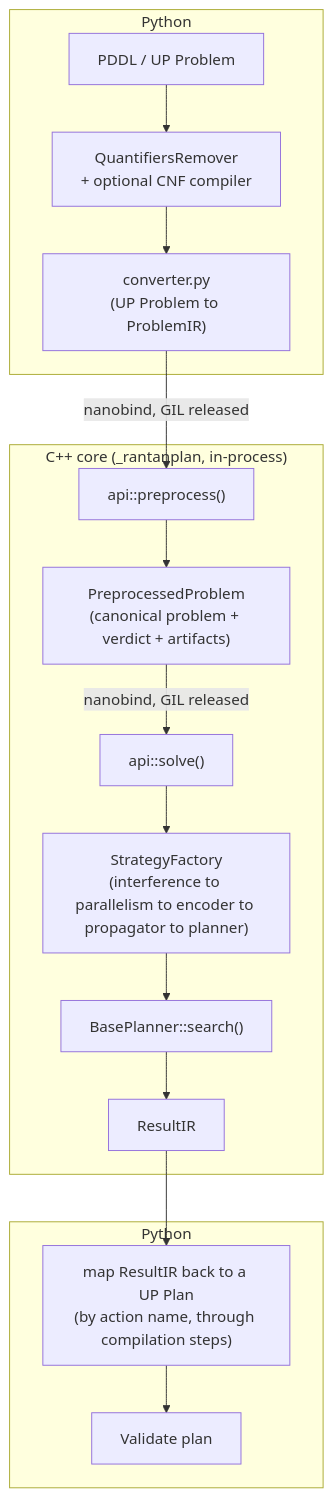
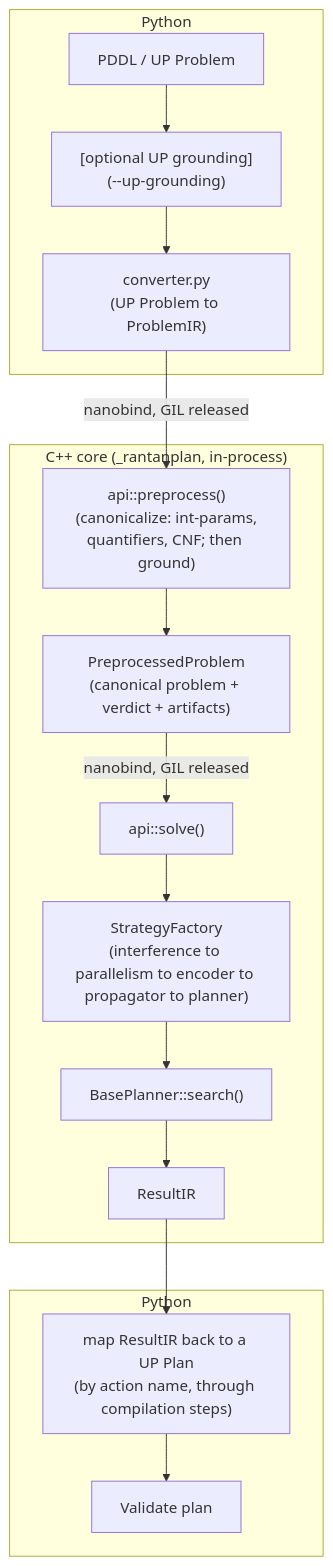
Before and after one commit to pyPMT/RanTanPlan: the diagram in developer-docs/architecture-overview.md, drawn with Mermaid. The commit also changed other lines of this file and 5 other files, not shown here.

````diff
--- a/developer-docs/architecture-overview.md
+++ b/developer-docs/architecture-overview.md
@@ -84,19 +87,19 @@
 ```mermaid
 flowchart TD
     subgraph Python
-        A[PDDL / UP Problem] --> B[QuantifiersRemover<br/>+ optional CNF compiler]
+        A[PDDL / UP Problem] --> B["[optional UP grounding]<br/>(--up-grounding)"]
         B --> C["converter.py<br/>(UP Problem to ProblemIR)"]
     end
     subgraph "C++ core (_rantanplan, in-process)"
-        C -->|nanobind, GIL released| D["api::preprocess()"]
+        C -->|nanobind, GIL released| D["api::preprocess()<br/>(canonicalize: int-params,<br/>quantifiers, CNF; then ground)"]
         D --> E["PreprocessedProblem<br/>(canonical problem + verdict + artifacts)"]
         E -->|nanobind, GIL released| F["api::solve()"]
         F --> G["StrategyFactory<br/>(interference to parallelism to encoder to propagator to planner)"]
         G --> H["BasePlanner::search()"]
         H --> I[ResultIR]
     end
     subgraph Python2["Python"]
         I --> J["map ResultIR back to a UP Plan<br/>(by action name, through compilation steps)"]
         J --> K[Validate plan]
     end
 ```
````
